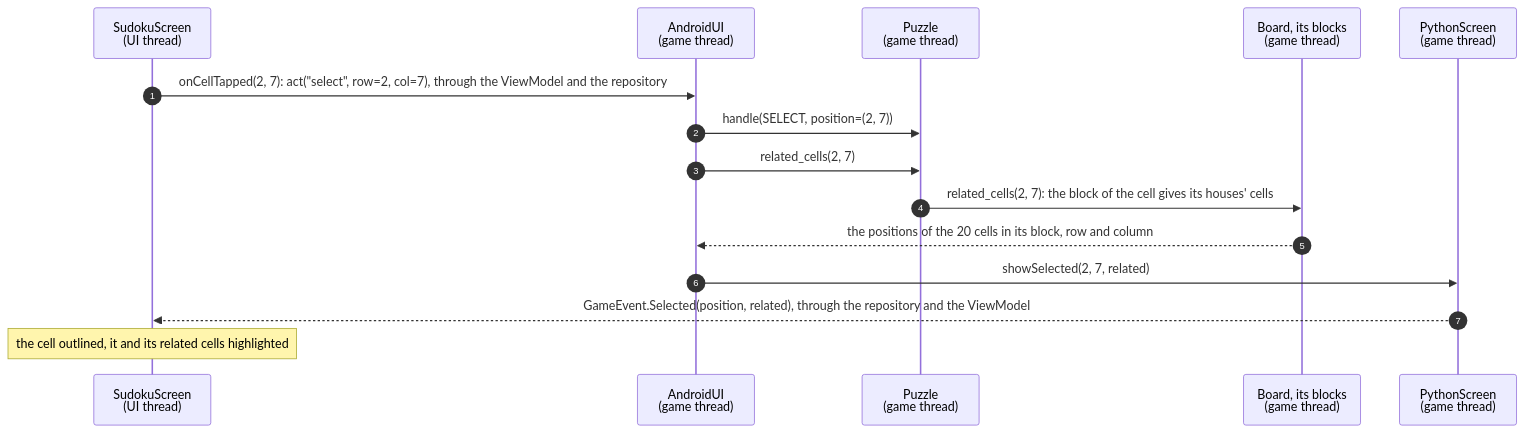
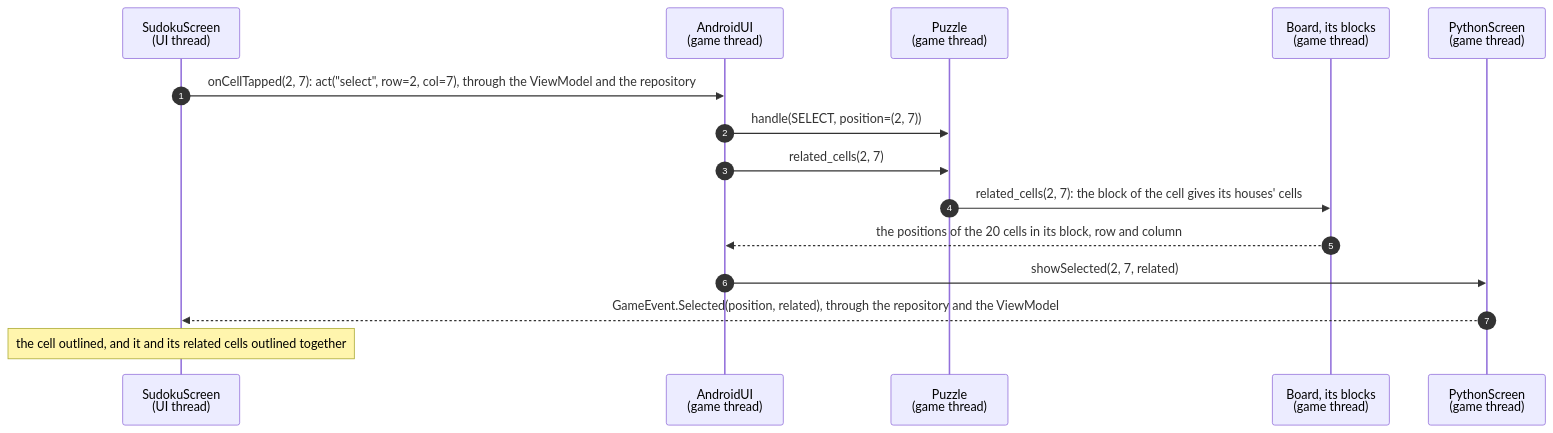
The seventh of 19 diagrams in android/docs/architecture.md (aivanov61/sudoku-solver), drawn with Mermaid before and after one commit. The commit also changed other lines of this file and 18 other files, not shown here.

````diff
--- a/android/docs/architecture.md
+++ b/android/docs/architecture.md
@@ -402,18 +404,18 @@
 ```mermaid
 sequenceDiagram
     autonumber
     participant S as SudokuScreen<br/>(UI thread)
     participant UI as AndroidUI<br/>(game thread)
     participant P as Puzzle<br/>(game thread)
     participant B as Board, its blocks<br/>(game thread)
     participant PS as PythonScreen<br/>(game thread)
 
     S->>UI: onCellTapped(2, 7): act("select", row=2, col=7), through the ViewModel and the repository
     UI->>P: handle(SELECT, position=(2, 7))
     UI->>P: related_cells(2, 7)
     P->>B: related_cells(2, 7): the block of the cell gives its houses' cells
     B-->>UI: the positions of the 20 cells in its block, row and column
     UI->>PS: showSelected(2, 7, related)
     PS-->>S: GameEvent.Selected(position, related), through the repository and the ViewModel
-    Note over S: the cell outlined, it and its related cells highlighted
+    Note over S: the cell outlined, and it and its related cells outlined together
 ```
````
